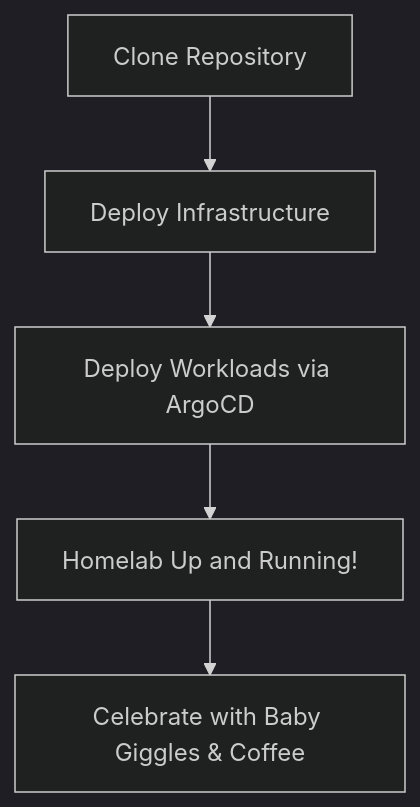
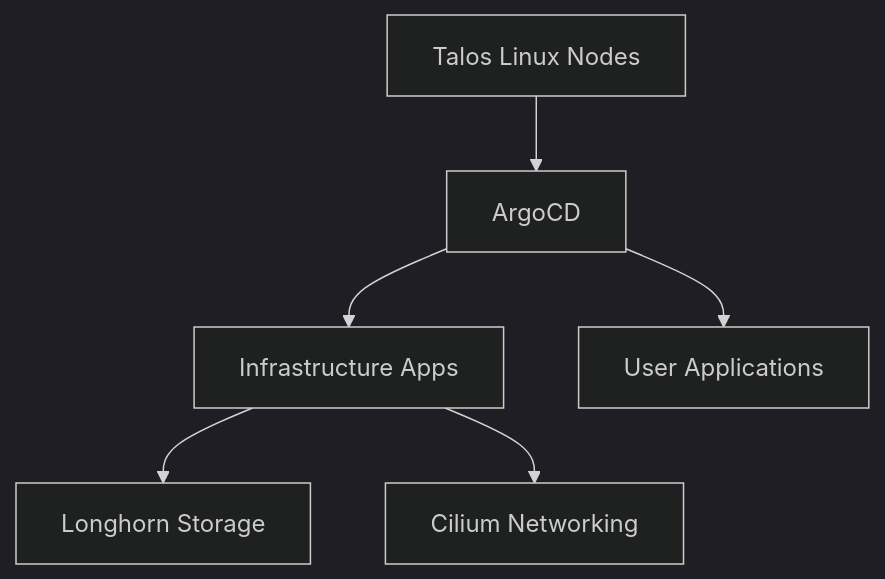
The diagram in README.md (theepicsaxguy/homelab), drawn with Mermaid (dark theme) before and after one commit. The commit also changed other lines of this file, not shown here.

````diff
--- a/README.md
+++ b/README.md
@@ -155,7 +28,8 @@
 ```mermaid
 flowchart TD
-    A[Clone Repository] --> B[Deploy Infrastructure]
-    B --> C[Deploy Workloads via ArgoCD]
-    C --> D[Homelab Up and Running!]
-    D --> E[Celebrate with Baby Giggles & Coffee]
+    A[Talos Linux Nodes] --> B[ArgoCD]
+    B --> C[Infrastructure Apps]
+    B --> D[User Applications]
+    C --> E[Longhorn Storage]
+    C --> F[Cilium Networking]
 ```
````
